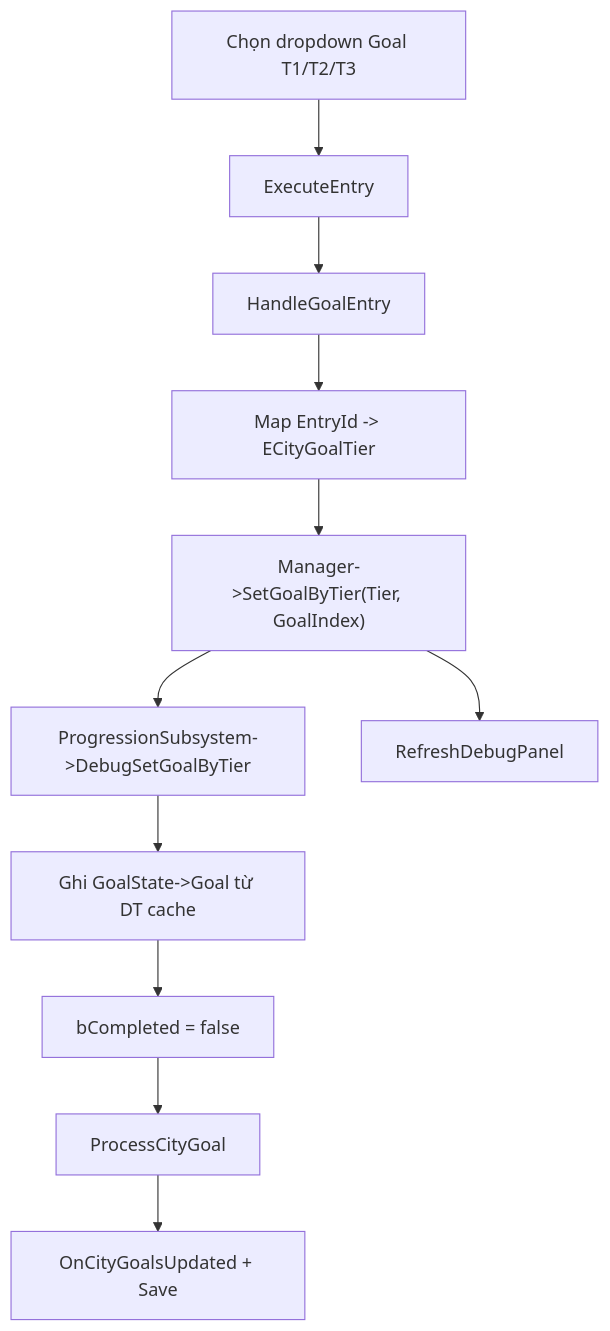
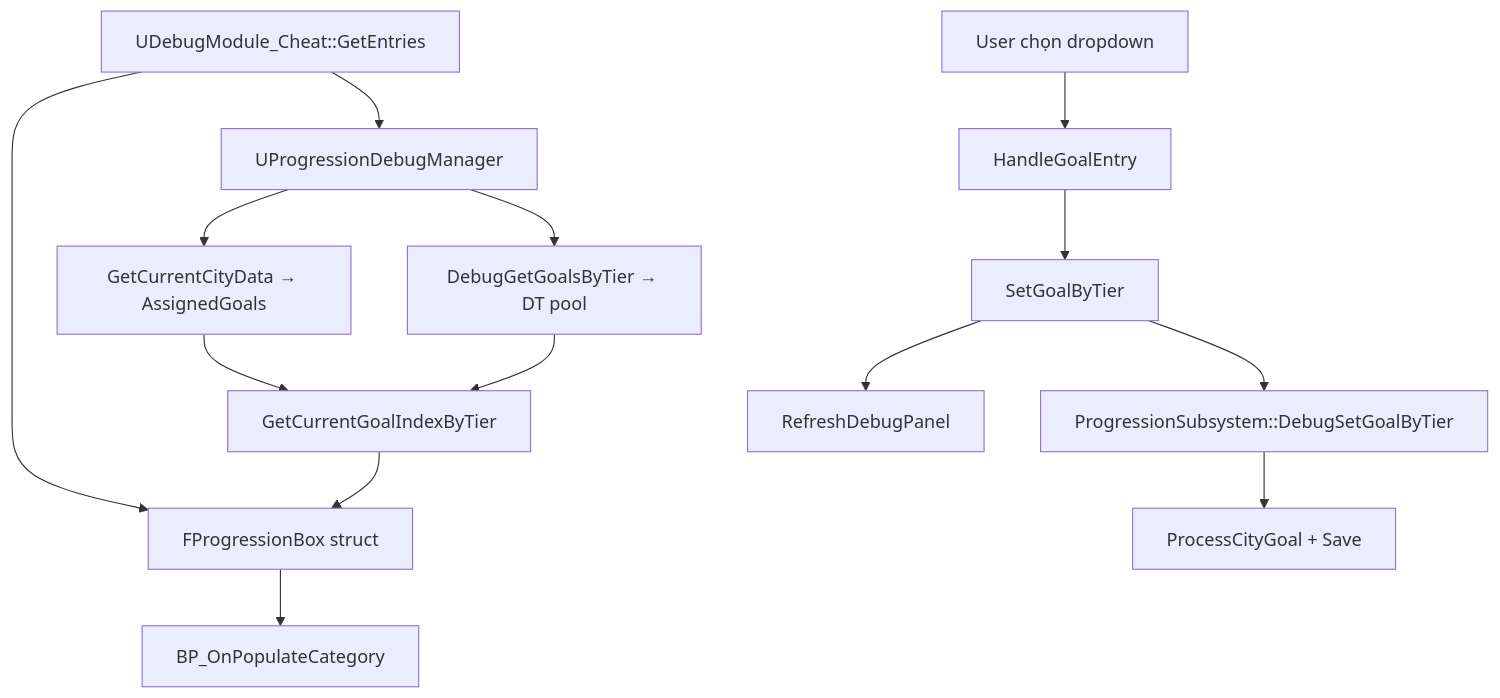
One commit to vuongkhan/Doc changed the diagram in Tai_lieu_DebugGoalConfig.md. Above: the diagram before and after it, drawn with Mermaid. The commit also changed other lines of this file, not shown here.

First line of the commit message:
Revise Debug Goal Config documentation

````diff
--- a/Tai_lieu_DebugGoalConfig.md
+++ b/Tai_lieu_DebugGoalConfig.md
@@ -167,13 +50,16 @@
 ```mermaid
 flowchart TD
-    A["Chọn dropdown Goal T1/T2/T3"] --> B["ExecuteEntry"]
-    B --> C["HandleGoalEntry"]
-    C --> D["Map EntryId -> ECityGoalTier"]
-    D --> E["Manager->SetGoalByTier(Tier, GoalIndex)"]
-    E --> F["ProgressionSubsystem->DebugSetGoalByTier"]
-    F --> G["Ghi GoalState->Goal từ DT cache"]
-    G --> H["bCompleted = false"]
-    H --> I["ProcessCityGoal"]
-    I --> J["OnCityGoalsUpdated + Save"]
-    E --> K["RefreshDebugPanel"]
+    A["UDebugModule_Cheat::GetEntries"] --> B["FProgressionBox struct"]
+    B --> C["BP_OnPopulateCategory"]
+    A --> D["UProgressionDebugManager"]
+    D --> E["GetCurrentCityData → AssignedGoals"]
+    D --> F["DebugGetGoalsByTier → DT pool"]
+    E --> G["GetCurrentGoalIndexByTier"]
+    F --> G
+    G --> B
+    H["User chọn dropdown"] --> I["HandleGoalEntry"]
+    I --> J["SetGoalByTier"]
+    J --> K["ProgressionSubsystem::DebugSetGoalByTier"]
+    K --> L["ProcessCityGoal + Save"]
+    J --> M["RefreshDebugPanel"]
 ```
````
